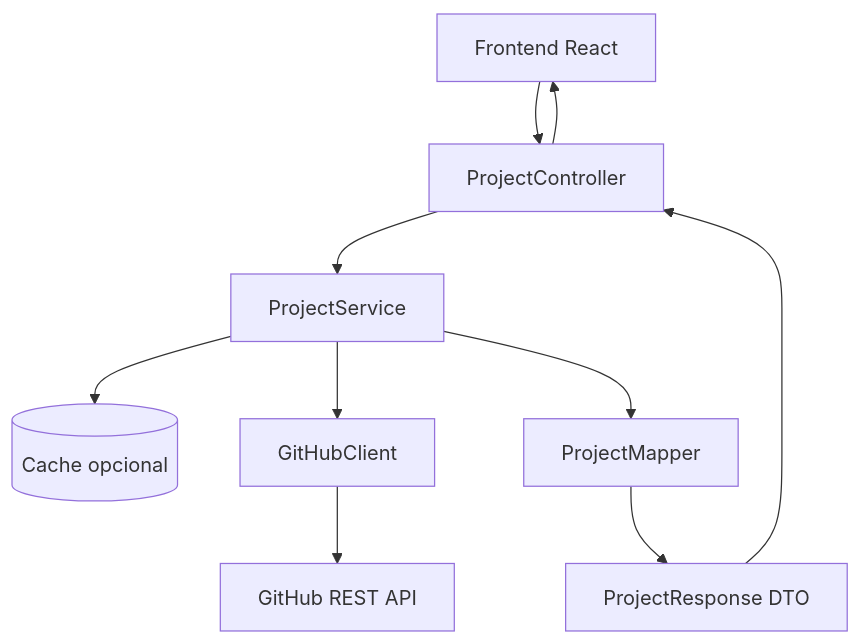
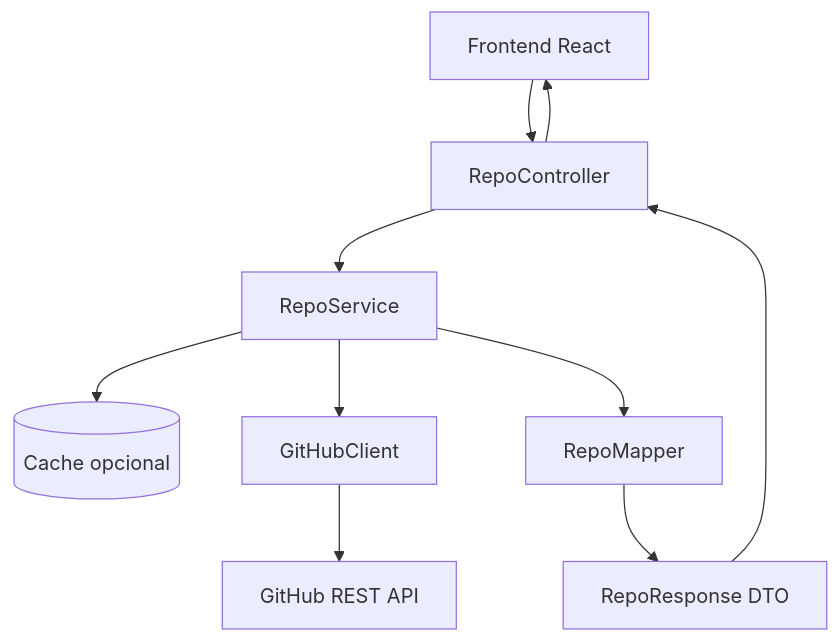
The first of 4 diagrams in backend/README.md (lucasz-g/portfolio-2.0), drawn with Mermaid before and after one commit. The commit also changed other lines of this file and 9 other files, not shown here.

````diff
--- a/backend/README.md
+++ b/backend/README.md
@@ -44,12 +44,12 @@
 ```mermaid
 flowchart TD
-    frontend[Frontend React] --> controller[ProjectController]
-    controller --> service[ProjectService]
+    frontend[Frontend React] --> controller[RepoController]
+    controller --> service[RepoService]
     service --> cache[(Cache opcional)]
     service --> client[GitHubClient]
     client --> github[GitHub REST API]
-    service --> mapper[ProjectMapper]
-    mapper --> dto[ProjectResponse DTO]
+    service --> mapper[RepoMapper]
+    mapper --> dto[RepoResponse DTO]
     dto --> controller
     controller --> frontend
 ```
````
